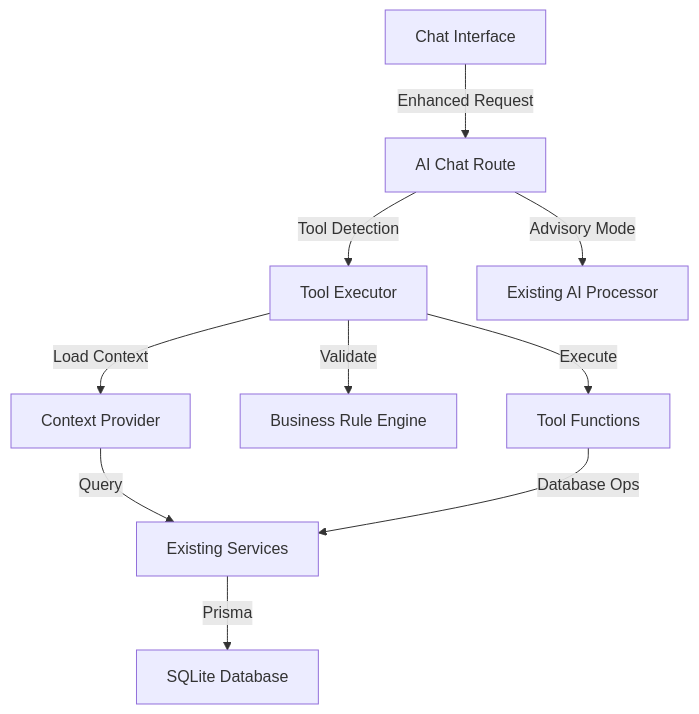
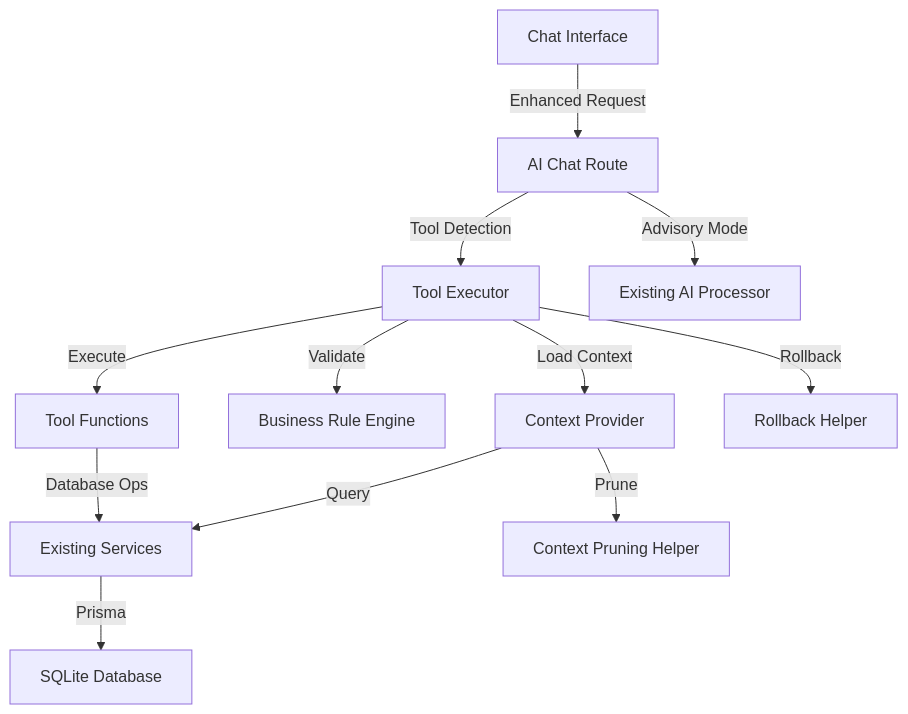
One commit to zanganeh/catalyst-studio changed the diagram in docs/epic-5-architecture.md. Above: the diagram before and after it, drawn with Mermaid. The commit also changed other lines of this file, not shown here.

````diff
--- a/docs/epic-5-architecture.md
+++ b/docs/epic-5-architecture.md
@@ -204,12 +244,14 @@
 ```mermaid
 graph TD
     A[Chat Interface] -->|Enhanced Request| B[AI Chat Route]
     B -->|Tool Detection| C[Tool Executor]
     C -->|Load Context| D[Context Provider]
     D -->|Query| E[Existing Services]
     C -->|Validate| F[Business Rule Engine]
     C -->|Execute| G[Tool Functions]
     G -->|Database Ops| E
     B -->|Advisory Mode| H[Existing AI Processor]
     E -->|Prisma| I[SQLite Database]
+    D -->|Prune| J[Context Pruning Helper]
+    C -->|Rollback| K[Rollback Helper]
 ```
````
